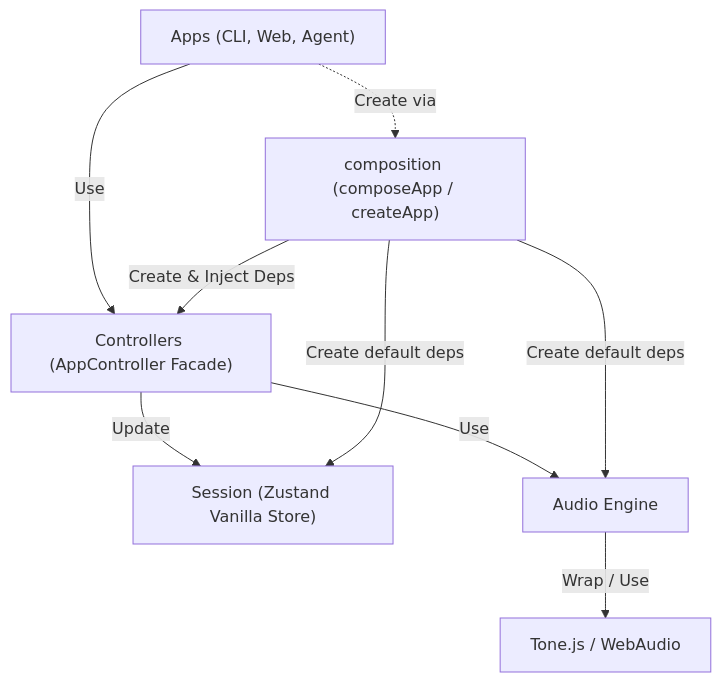
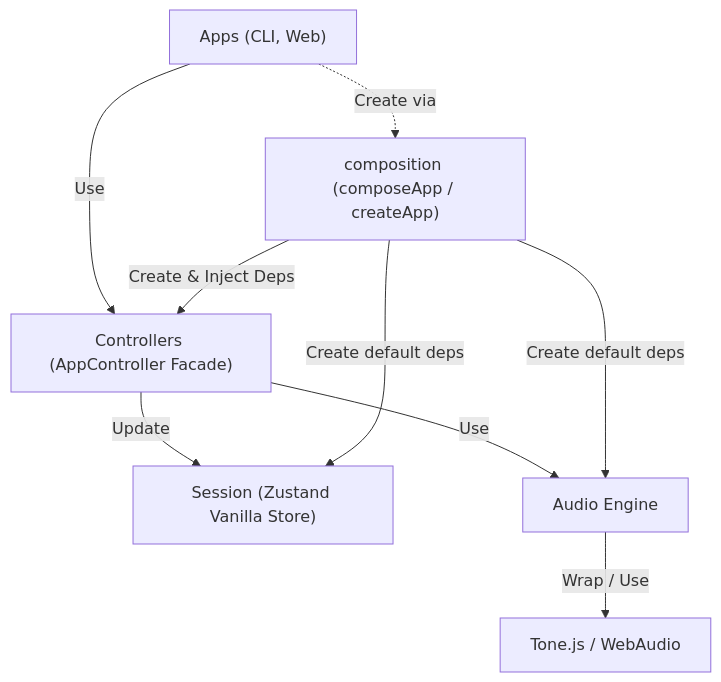
Before and after one commit to whizzkid1452/drop-ai-v3: the diagram in src/discipline.md, drawn with Mermaid. The commit also changed 34 other files, not shown here.

````diff
--- a/src/discipline.md
+++ b/src/discipline.md
@@ -15,21 +15,21 @@
 ```mermaid
 graph TD
-    Apps["Apps (CLI, Web, Agent)"]
+    Apps["Apps (CLI, Web)"]
     Controllers["Controllers (AppController Facade)"]
     Session["Session (Zustand Vanilla Store)"]
     AudioEngine["Audio Engine"]
     ToneJS["Tone.js / WebAudio"]
     Composition["composition (composeApp / createApp)"]
 
     Apps -->|Use| Controllers
     Apps -.->|Create via| Composition
 
     Controllers -->|Use| AudioEngine
     Controllers -->|Update| Session
 
     AudioEngine -->|Wrap / Use| ToneJS
 
     Composition -->|Create default deps| AudioEngine
     Composition -->|Create default deps| Session
     Composition -->|Create & Inject Deps| Controllers
 ```
````
